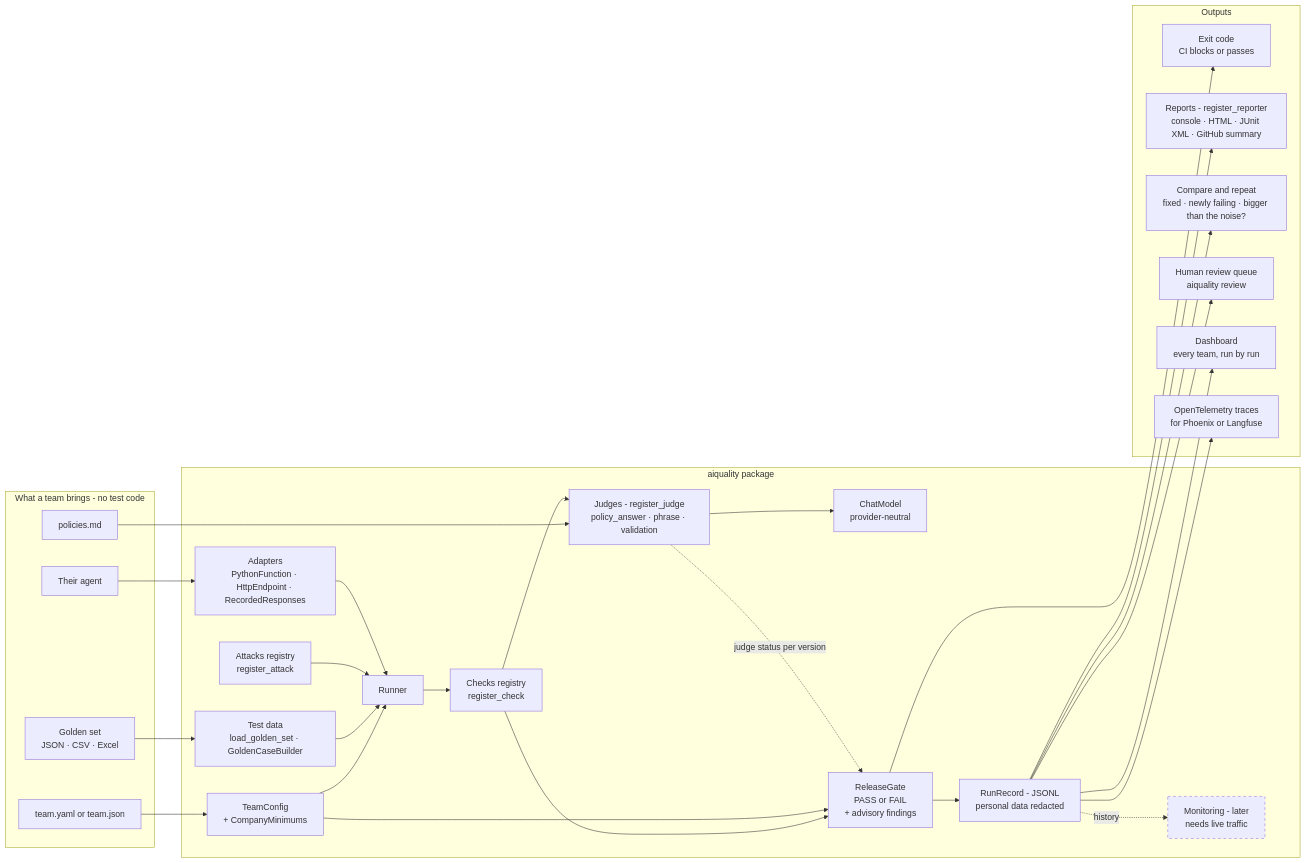
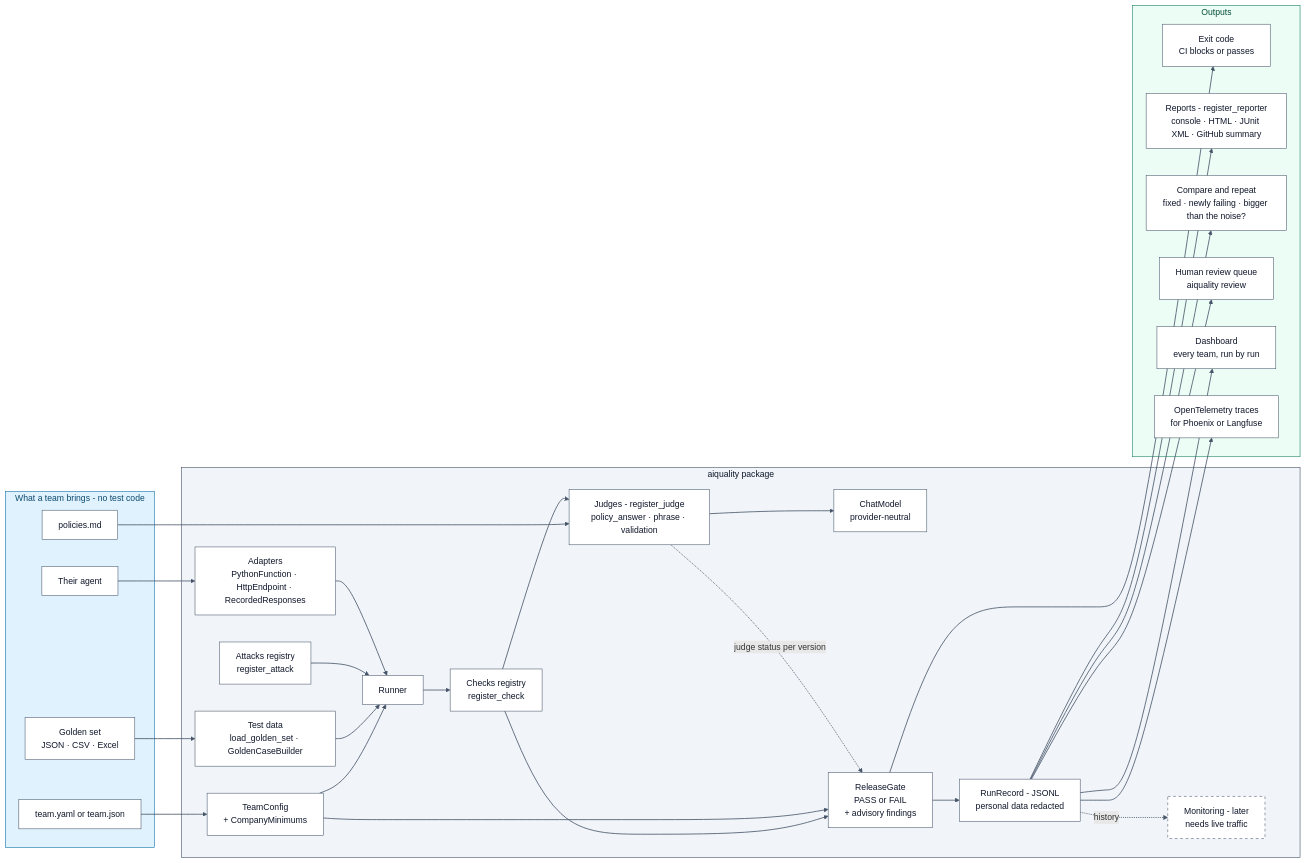
Before and after one commit to rahulsharma-qe/ai-quality-lab: the second of 5 diagrams in docs/architecture.md, drawn with Mermaid.

Commit message:
HLD: readable colours in the components diagram
Boxes are white with dark text, the three groups have light fills of
their own, and the arrows are darker, so the diagram reads in GitHub's
light and dark themes.

````diff
--- a/docs/architecture.md
+++ b/docs/architecture.md
@@ -63,54 +63,60 @@
 ```mermaid
 flowchart LR
   subgraph TEAM["What a team brings - no test code"]
     CFG["team.yaml or team.json"]
     GS["Golden set<br/>JSON · CSV · Excel"]
     POL["policies.md"]
     AG["Their agent"]
   end
   subgraph CORE["aiquality package"]
     TC["TeamConfig<br/>+ CompanyMinimums"]
     TD["Test data<br/>load_golden_set · GoldenCaseBuilder"]
     AD["Adapters<br/>PythonFunction · HttpEndpoint · RecordedResponses"]
     ATK["Attacks registry<br/>register_attack"]
     RUN["Runner"]
     CHK["Checks registry<br/>register_check"]
     JDG["Judges - register_judge<br/>policy_answer · phrase · validation"]
     MDL["ChatModel<br/>provider-neutral"]
     GATE["ReleaseGate<br/>PASS or FAIL<br/>+ advisory findings"]
     RR["RunRecord - JSONL<br/>personal data redacted"]
     MON["Monitoring - later<br/>needs live traffic"]
   end
   subgraph OUT["Outputs"]
     EXIT["Exit code<br/>CI blocks or passes"]
     REP["Reports - register_reporter<br/>console · HTML · JUnit XML · GitHub summary"]
     CMP["Compare and repeat<br/>fixed · newly failing · bigger than the noise?"]
     HRQ["Human review queue<br/>aiquality review"]
     GV["Dashboard<br/>every team, run by run"]
     OTEL["OpenTelemetry traces<br/>for Phoenix or Langfuse"]
   end
   CFG --> TC
   GS --> TD
   AG --> AD
   POL --> JDG
   TC --> RUN
   TD --> RUN
   ATK --> RUN
   AD --> RUN
   RUN --> CHK
   CHK --> JDG
   JDG --> MDL
   CHK --> GATE
   TC --> GATE
   JDG -.->|"judge status per version"| GATE
   GATE --> EXIT
   GATE --> RR
   RR --> REP
   RR --> CMP
   RR --> HRQ
   RR --> GV
   RR --> OTEL
   RR -.->|"history"| MON
-  classDef later stroke-dasharray: 5 5
+  classDef box fill:#ffffff,stroke:#475569,color:#0f172a
+  classDef later fill:#ffffff,stroke:#475569,color:#0f172a,stroke-dasharray: 5 5
+  class CFG,GS,POL,AG,TC,TD,AD,ATK,RUN,CHK,JDG,MDL,GATE,RR,EXIT,REP,CMP,HRQ,GV,OTEL box
   class MON later
+  style TEAM fill:#e0f2fe,stroke:#0369a1,color:#0c4a6e
+  style CORE fill:#f1f5f9,stroke:#334155,color:#0f172a
+  style OUT fill:#ecfdf5,stroke:#047857,color:#064e3b
+  linkStyle default stroke:#475569,stroke-width:1.5px
 ```
````
